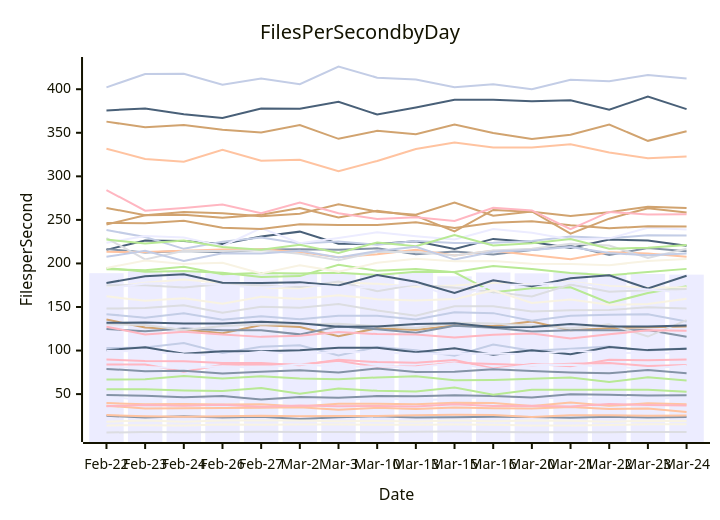
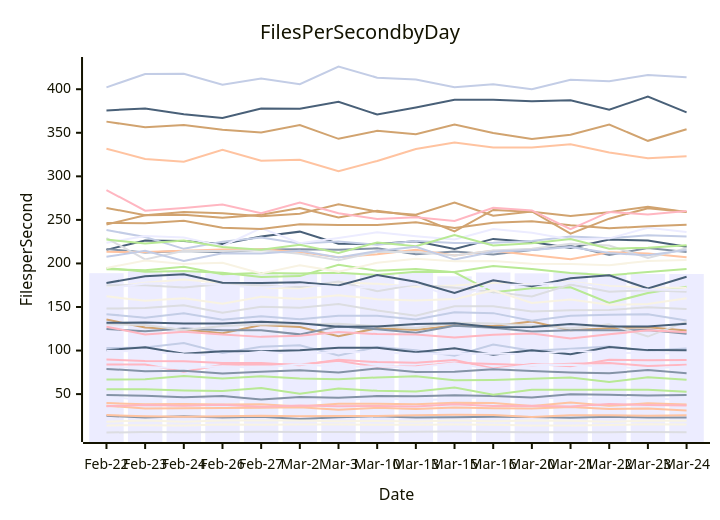
One commit to streetsidesoftware/cspell changed the diagram in perf-report.md. Above: the diagram before and after it, drawn with Mermaid. The commit also changed other lines of this file and 2 other files, not shown here.

````diff
--- a/perf-report.md
+++ b/perf-report.md
@@ -11,57 +11,57 @@
 ```mermaid
 xychart-beta
     title Files Per Second by Day
     y-axis Files per Second
     x-axis Date [Feb-22, Feb-23, Feb-24, Feb-26, Feb-27, Mar-2, Mar-3, Mar-10, Mar-13, Mar-15, Mar-16, Mar-20, Mar-21, Mar-22, Mar-23, Mar-24]
-    bar [188.84, 190.95, 190.14, 188.86, 187.47, 189.15, 187.99, 188.38, 189.98, 185.21, 189.57, 188.63, 189.87, 187.45, 187.93, 187.15]
-    line [25.16, 23.04, 24.66, 23.19, 24.07, 21.50, 23.56, 24.56, 23.16, 23.57, 24.07, 23.83, 22.72, 24.07, 23.01, 23.84]
-    line [39.75, 38.29, 38.55, 38.02, 38.35, 35.65, 38.90, 38.99, 38.46, 40.13, 39.77, 36.42, 40.38, 36.50, 39.38, 38.42]
-    line [5.92, 6.38, 6.30, 6.44, 6.78, 6.62, 6.55, 6.32, 6.79, 7.12, 6.59, 6.35, 6.19, 6.26, 6.60, 6.49]
-    line [66.82, 66.94, 70.88, 67.89, 70.56, 67.78, 66.98, 69.18, 70.51, 65.83, 66.30, 67.73, 68.98, 63.91, 69.35, 65.56]
-    line [135.57, 126.55, 124.20, 119.96, 129.35, 126.96, 116.50, 125.61, 123.50, 128.64, 128.22, 133.34, 123.28, 125.66, 126.65, 127.66]
-    line [102.79, 103.56, 108.60, 97.11, 104.32, 106.04, 94.30, 104.19, 100.36, 94.07, 106.95, 99.82, 102.15, 104.63, 100.11, 102.72]
-    line [84.08, 83.91, 75.76, 83.59, 84.08, 83.89, 88.30, 81.02, 82.11, 85.90, 84.63, 82.99, 84.87, 85.57, 82.40, 83.37]
-    line [215.58, 226.36, 225.70, 222.46, 230.96, 236.51, 222.64, 222.38, 225.56, 216.60, 228.18, 224.68, 217.69, 227.52, 226.28, 220.35]
-    line [18.38, 19.68, 18.34, 19.60, 19.60, 19.63, 18.78, 19.22, 18.67, 19.78, 18.71, 19.79, 19.47, 18.35, 19.30, 19.22]
-    line [46.89, 43.13, 47.48, 43.86, 43.58, 44.95, 42.68, 45.79, 43.00, 44.30, 47.55, 45.42, 45.55, 44.76, 44.94, 45.95]
-    line [124.67, 122.06, 125.40, 123.31, 123.27, 118.58, 127.90, 124.38, 120.45, 128.40, 126.26, 121.85, 123.29, 123.31, 123.57, 115.84]
-    line [331.76, 320.00, 316.72, 330.45, 317.84, 319.02, 305.87, 317.67, 331.44, 338.69, 332.97, 333.24, 336.87, 327.34, 320.84, 322.86]
-    line [148.15, 148.90, 152.11, 143.30, 150.41, 149.07, 153.47, 146.06, 140.05, 150.95, 150.81, 144.94, 146.39, 146.52, 149.65, 148.27]
-    line [194.82, 190.50, 191.36, 189.34, 184.31, 185.47, 198.42, 191.68, 193.62, 189.84, 166.89, 171.60, 172.56, 154.71, 166.00, 173.76]
-    line [244.70, 255.35, 256.03, 252.54, 255.82, 263.63, 252.65, 260.43, 254.55, 236.73, 261.47, 259.22, 254.59, 258.80, 265.17, 263.64]
-    line [141.79, 137.76, 142.75, 135.42, 139.26, 136.06, 139.99, 140.01, 135.63, 143.93, 142.95, 134.36, 139.82, 141.15, 141.79, 133.38]
-    line [89.64, 87.93, 87.72, 85.68, 85.69, 83.26, 89.40, 86.73, 86.09, 89.20, 79.46, 84.64, 82.02, 89.37, 88.80, 89.61]
-    line [375.70, 377.89, 371.33, 366.95, 377.92, 377.66, 385.69, 370.91, 378.91, 387.90, 387.80, 386.06, 387.41, 376.59, 391.51, 377.14]
-    line [14.08, 14.28, 13.96, 14.98, 14.69, 15.09, 15.05, 14.93, 14.92, 15.23, 14.84, 14.06, 13.99, 14.45, 15.39, 15.36]
-    line [80.37, 81.15, 79.72, 81.93, 80.10, 84.29, 81.35, 81.66, 80.93, 85.41, 78.19, 83.51, 83.81, 81.43, 79.47, 82.42]
-    line [49.05, 48.06, 46.41, 47.91, 43.77, 46.60, 45.68, 47.70, 47.47, 48.64, 47.90, 46.22, 49.72, 49.15, 48.47, 48.65]
-    line [36.75, 33.50, 33.75, 33.98, 34.43, 34.99, 32.10, 34.36, 33.03, 34.53, 33.80, 33.49, 35.23, 32.80, 33.41, 29.57]
-    line [130.26, 129.44, 123.58, 128.31, 129.87, 130.27, 130.71, 127.81, 125.76, 132.01, 131.14, 128.67, 125.67, 130.11, 116.06, 134.85]
-    line [55.45, 55.44, 54.09, 53.55, 56.91, 50.34, 56.33, 53.77, 52.96, 57.64, 49.40, 55.01, 55.07, 55.14, 54.97, 52.74]
-    line [263.71, 255.40, 259.16, 257.65, 254.22, 257.02, 267.92, 259.39, 256.02, 269.97, 254.79, 259.65, 234.19, 251.38, 263.45, 258.50]
-    line [238.32, 230.44, 216.76, 225.02, 229.69, 222.82, 225.14, 221.56, 225.82, 223.33, 223.62, 225.78, 230.86, 229.00, 232.44, 231.98]
-    line [127.43, 118.55, 121.57, 118.53, 115.70, 116.93, 121.24, 118.95, 118.40, 114.99, 118.14, 119.47, 113.95, 118.70, 123.16, 122.67]
-    line [100.38, 103.85, 96.33, 99.09, 99.19, 100.48, 103.18, 103.33, 98.05, 102.55, 95.32, 100.34, 95.68, 103.94, 100.49, 102.11]
-    line [171.99, 177.77, 181.65, 177.93, 171.71, 171.61, 178.31, 176.56, 173.19, 174.63, 177.66, 175.92, 178.79, 174.01, 172.30, 172.31]
-    line [223.87, 231.37, 229.84, 219.75, 240.64, 223.28, 229.19, 235.85, 231.18, 227.46, 239.47, 235.22, 227.41, 228.79, 241.01, 238.96]
-    line [216.61, 212.54, 214.33, 212.86, 215.99, 216.40, 215.81, 217.40, 210.64, 213.63, 210.38, 215.44, 220.20, 209.66, 217.73, 213.87]
-    line [213.31, 213.15, 214.61, 215.98, 216.39, 213.20, 207.00, 210.46, 215.67, 209.05, 214.60, 209.59, 204.82, 212.94, 211.50, 207.71]
-    line [175.03, 175.02, 172.48, 176.50, 175.06, 173.05, 179.29, 168.17, 175.84, 172.23, 167.20, 162.09, 175.73, 167.53, 169.26, 170.63]
-    line [193.32, 192.22, 196.28, 187.50, 189.10, 188.54, 189.19, 186.81, 190.52, 190.26, 197.02, 193.75, 189.15, 186.42, 190.28, 193.76]
-    line [246.48, 246.10, 248.98, 240.98, 239.52, 244.96, 243.99, 244.22, 247.23, 240.74, 246.80, 248.37, 243.77, 240.29, 242.61, 242.43]
-    line [402.15, 417.55, 417.69, 405.05, 412.32, 405.86, 426.09, 413.29, 411.20, 402.18, 405.65, 399.88, 410.92, 409.10, 416.42, 412.42]
-    line [36.10, 37.37, 36.52, 37.66, 35.60, 37.02, 36.08, 36.38, 35.91, 38.37, 36.25, 36.61, 35.87, 38.67, 37.37, 36.85]
-    line [177.56, 185.31, 187.50, 177.93, 177.54, 178.41, 174.58, 186.65, 179.06, 166.05, 180.55, 173.75, 182.92, 186.30, 171.18, 185.86]
-    line [162.30, 157.06, 159.96, 153.79, 161.66, 159.28, 163.36, 159.01, 157.48, 159.10, 169.05, 154.54, 158.47, 152.54, 153.40, 159.54]
-    line [99.76, 98.90, 95.69, 94.30, 98.50, 95.82, 98.55, 97.82, 96.22, 96.21, 96.60, 95.61, 100.00, 97.34, 96.90, 96.79]
-    line [78.95, 76.37, 76.80, 73.75, 75.77, 77.40, 74.68, 79.36, 75.39, 75.58, 78.40, 76.58, 74.92, 73.83, 77.77, 73.95]
-    line [25.87, 24.49, 24.03, 24.62, 25.06, 24.45, 24.76, 24.74, 25.60, 26.18, 25.98, 23.83, 25.61, 25.64, 25.22, 25.54]
-    line [229.20, 204.56, 214.62, 214.22, 215.21, 211.23, 203.79, 213.30, 213.00, 209.05, 214.75, 216.78, 222.67, 220.47, 206.28, 216.80]
-    line [227.37, 223.02, 226.36, 218.81, 215.75, 221.50, 212.02, 224.11, 219.75, 232.68, 220.52, 223.12, 228.15, 216.79, 218.07, 221.22]
-    line [362.80, 356.26, 358.85, 353.61, 350.32, 358.90, 343.06, 352.21, 348.39, 359.59, 349.81, 342.75, 347.71, 359.34, 340.76, 351.68]
-    line [207.58, 214.51, 202.85, 211.79, 211.44, 214.66, 206.78, 214.22, 219.20, 204.44, 213.42, 215.32, 218.95, 211.96, 209.30, 211.44]
-    line [284.25, 260.54, 263.62, 267.57, 257.62, 270.01, 257.62, 250.97, 253.10, 248.68, 263.99, 260.91, 239.46, 259.16, 256.10, 256.56]
-    line [131.83, 132.27, 131.01, 131.00, 133.00, 131.45, 127.22, 127.60, 130.54, 131.20, 126.76, 126.98, 130.36, 127.52, 127.75, 128.80]
-    line [194.87, 203.28, 199.45, 200.84, 188.59, 197.81, 190.62, 200.86, 205.50, 202.63, 202.69, 199.56, 199.40, 197.96, 202.91, 205.04]
-    line [171.39, 176.96, 177.51, 175.27, 171.69, 175.82, 173.02, 172.27, 176.52, 160.55, 175.49, 175.91, 178.24, 172.29, 170.07, 166.06]
+    bar [188.84, 190.95, 190.14, 188.86, 187.47, 189.15, 187.99, 188.38, 189.98, 185.21, 189.57, 188.63, 189.87, 187.45, 187.93, 187.93]
+    line [25.16, 23.04, 24.66, 23.19, 24.07, 21.50, 23.56, 24.56, 23.16, 23.57, 24.07, 23.83, 22.72, 24.07, 23.01, 23.19]
+    line [39.75, 38.29, 38.55, 38.02, 38.35, 35.65, 38.90, 38.99, 38.46, 40.13, 39.77, 36.42, 40.38, 36.50, 39.38, 38.08]
+    line [5.92, 6.38, 6.30, 6.44, 6.78, 6.62, 6.55, 6.32, 6.79, 7.12, 6.59, 6.35, 6.19, 6.26, 6.60, 6.25]
+    line [66.82, 66.94, 70.88, 67.89, 70.56, 67.78, 66.98, 69.18, 70.51, 65.83, 66.30, 67.73, 68.98, 63.91, 69.35, 66.34]
+    line [135.57, 126.55, 124.20, 119.96, 129.35, 126.96, 116.50, 125.61, 123.50, 128.64, 128.22, 133.34, 123.28, 125.66, 126.65, 122.93]
+    line [102.79, 103.56, 108.60, 97.11, 104.32, 106.04, 94.30, 104.19, 100.36, 94.07, 106.95, 99.82, 102.15, 104.63, 100.11, 102.26]
+    line [84.08, 83.91, 75.76, 83.59, 84.08, 83.89, 88.30, 81.02, 82.11, 85.90, 84.63, 82.99, 84.87, 85.57, 82.40, 83.84]
+    line [215.58, 226.36, 225.70, 222.46, 230.96, 236.51, 222.64, 222.38, 225.56, 216.60, 228.18, 224.68, 217.69, 227.52, 226.28, 219.14]
+    line [18.38, 19.68, 18.34, 19.60, 19.60, 19.63, 18.78, 19.22, 18.67, 19.78, 18.71, 19.79, 19.47, 18.35, 19.30, 19.37]
+    line [46.89, 43.13, 47.48, 43.86, 43.58, 44.95, 42.68, 45.79, 43.00, 44.30, 47.55, 45.42, 45.55, 44.76, 44.94, 43.55]
+    line [124.67, 122.06, 125.40, 123.31, 123.27, 118.58, 127.90, 124.38, 120.45, 128.40, 126.26, 121.85, 123.29, 123.31, 123.57, 119.37]
+    line [331.76, 320.00, 316.72, 330.45, 317.84, 319.02, 305.87, 317.67, 331.44, 338.69, 332.97, 333.24, 336.87, 327.34, 320.84, 322.94]
+    line [148.15, 148.90, 152.11, 143.30, 150.41, 149.07, 153.47, 146.06, 140.05, 150.95, 150.81, 144.94, 146.39, 146.52, 149.65, 147.78]
+    line [194.82, 190.50, 191.36, 189.34, 184.31, 185.47, 198.42, 191.68, 193.62, 189.84, 166.89, 171.60, 172.56, 154.71, 166.00, 173.35]
+    line [244.70, 255.35, 256.03, 252.54, 255.82, 263.63, 252.65, 260.43, 254.55, 236.73, 261.47, 259.22, 254.59, 258.80, 265.17, 259.19]
+    line [141.79, 137.76, 142.75, 135.42, 139.26, 136.06, 139.99, 140.01, 135.63, 143.93, 142.95, 134.36, 139.82, 141.15, 141.79, 134.53]
+    line [89.64, 87.93, 87.72, 85.68, 85.69, 83.26, 89.40, 86.73, 86.09, 89.20, 79.46, 84.64, 82.02, 89.37, 88.80, 89.20]
+    line [375.70, 377.89, 371.33, 366.95, 377.92, 377.66, 385.69, 370.91, 378.91, 387.90, 387.80, 386.06, 387.41, 376.59, 391.51, 373.44]
+    line [14.08, 14.28, 13.96, 14.98, 14.69, 15.09, 15.05, 14.93, 14.92, 15.23, 14.84, 14.06, 13.99, 14.45, 15.39, 15.15]
+    line [80.37, 81.15, 79.72, 81.93, 80.10, 84.29, 81.35, 81.66, 80.93, 85.41, 78.19, 83.51, 83.81, 81.43, 79.47, 81.70]
+    line [49.05, 48.06, 46.41, 47.91, 43.77, 46.60, 45.68, 47.70, 47.47, 48.64, 47.90, 46.22, 49.72, 49.15, 48.47, 48.92]
+    line [36.75, 33.50, 33.75, 33.98, 34.43, 34.99, 32.10, 34.36, 33.03, 34.53, 33.80, 33.49, 35.23, 32.80, 33.41, 31.17]
+    line [130.26, 129.44, 123.58, 128.31, 129.87, 130.27, 130.71, 127.81, 125.76, 132.01, 131.14, 128.67, 125.67, 130.11, 116.06, 133.46]
+    line [55.45, 55.44, 54.09, 53.55, 56.91, 50.34, 56.33, 53.77, 52.96, 57.64, 49.40, 55.01, 55.07, 55.14, 54.97, 52.69]
+    line [263.71, 255.40, 259.16, 257.65, 254.22, 257.02, 267.92, 259.39, 256.02, 269.97, 254.79, 259.65, 234.19, 251.38, 263.45, 259.03]
+    line [238.32, 230.44, 216.76, 225.02, 229.69, 222.82, 225.14, 221.56, 225.82, 223.33, 223.62, 225.78, 230.86, 229.00, 232.44, 230.81]
+    line [127.43, 118.55, 121.57, 118.53, 115.70, 116.93, 121.24, 118.95, 118.40, 114.99, 118.14, 119.47, 113.95, 118.70, 123.16, 121.00]
+    line [100.38, 103.85, 96.33, 99.09, 99.19, 100.48, 103.18, 103.33, 98.05, 102.55, 95.32, 100.34, 95.68, 103.94, 100.49, 100.37]
+    line [171.99, 177.77, 181.65, 177.93, 171.71, 171.61, 178.31, 176.56, 173.19, 174.63, 177.66, 175.92, 178.79, 174.01, 172.30, 172.16]
+    line [223.87, 231.37, 229.84, 219.75, 240.64, 223.28, 229.19, 235.85, 231.18, 227.46, 239.47, 235.22, 227.41, 228.79, 241.01, 235.98]
+    line [216.61, 212.54, 214.33, 212.86, 215.99, 216.40, 215.81, 217.40, 210.64, 213.63, 210.38, 215.44, 220.20, 209.66, 217.73, 213.19]
+    line [213.31, 213.15, 214.61, 215.98, 216.39, 213.20, 207.00, 210.46, 215.67, 209.05, 214.60, 209.59, 204.82, 212.94, 211.50, 207.03]
+    line [175.03, 175.02, 172.48, 176.50, 175.06, 173.05, 179.29, 168.17, 175.84, 172.23, 167.20, 162.09, 175.73, 167.53, 169.26, 167.37]
+    line [193.32, 192.22, 196.28, 187.50, 189.10, 188.54, 189.19, 186.81, 190.52, 190.26, 197.02, 193.75, 189.15, 186.42, 190.28, 193.49]
+    line [246.48, 246.10, 248.98, 240.98, 239.52, 244.96, 243.99, 244.22, 247.23, 240.74, 246.80, 248.37, 243.77, 240.29, 242.61, 244.28]
+    line [402.15, 417.55, 417.69, 405.05, 412.32, 405.86, 426.09, 413.29, 411.20, 402.18, 405.65, 399.88, 410.92, 409.10, 416.42, 413.72]
+    line [36.10, 37.37, 36.52, 37.66, 35.60, 37.02, 36.08, 36.38, 35.91, 38.37, 36.25, 36.61, 35.87, 38.67, 37.37, 36.99]
+    line [177.56, 185.31, 187.50, 177.93, 177.54, 178.41, 174.58, 186.65, 179.06, 166.05, 180.55, 173.75, 182.92, 186.30, 171.18, 184.68]
+    line [162.30, 157.06, 159.96, 153.79, 161.66, 159.28, 163.36, 159.01, 157.48, 159.10, 169.05, 154.54, 158.47, 152.54, 153.40, 160.13]
+    line [99.76, 98.90, 95.69, 94.30, 98.50, 95.82, 98.55, 97.82, 96.22, 96.21, 96.60, 95.61, 100.00, 97.34, 96.90, 96.73]
+    line [78.95, 76.37, 76.80, 73.75, 75.77, 77.40, 74.68, 79.36, 75.39, 75.58, 78.40, 76.58, 74.92, 73.83, 77.77, 74.02]
+    line [25.87, 24.49, 24.03, 24.62, 25.06, 24.45, 24.76, 24.74, 25.60, 26.18, 25.98, 23.83, 25.61, 25.64, 25.22, 25.67]
+    line [229.20, 204.56, 214.62, 214.22, 215.21, 211.23, 203.79, 213.30, 213.00, 209.05, 214.75, 216.78, 222.67, 220.47, 206.28, 217.42]
+    line [227.37, 223.02, 226.36, 218.81, 215.75, 221.50, 212.02, 224.11, 219.75, 232.68, 220.52, 223.12, 228.15, 216.79, 218.07, 220.91]
+    line [362.80, 356.26, 358.85, 353.61, 350.32, 358.90, 343.06, 352.21, 348.39, 359.59, 349.81, 342.75, 347.71, 359.34, 340.76, 354.09]
+    line [207.58, 214.51, 202.85, 211.79, 211.44, 214.66, 206.78, 214.22, 219.20, 204.44, 213.42, 215.32, 218.95, 211.96, 209.30, 215.41]
+    line [284.25, 260.54, 263.62, 267.57, 257.62, 270.01, 257.62, 250.97, 253.10, 248.68, 263.99, 260.91, 239.46, 259.16, 256.10, 260.18]
+    line [131.83, 132.27, 131.01, 131.00, 133.00, 131.45, 127.22, 127.60, 130.54, 131.20, 126.76, 126.98, 130.36, 127.52, 127.75, 130.81]
+    line [194.87, 203.28, 199.45, 200.84, 188.59, 197.81, 190.62, 200.86, 205.50, 202.63, 202.69, 199.56, 199.40, 197.96, 202.91, 203.92]
+    line [171.39, 176.96, 177.51, 175.27, 171.69, 175.82, 173.02, 172.27, 176.52, 160.55, 175.49, 175.91, 178.24, 172.29, 170.07, 169.37]
 ```
````
